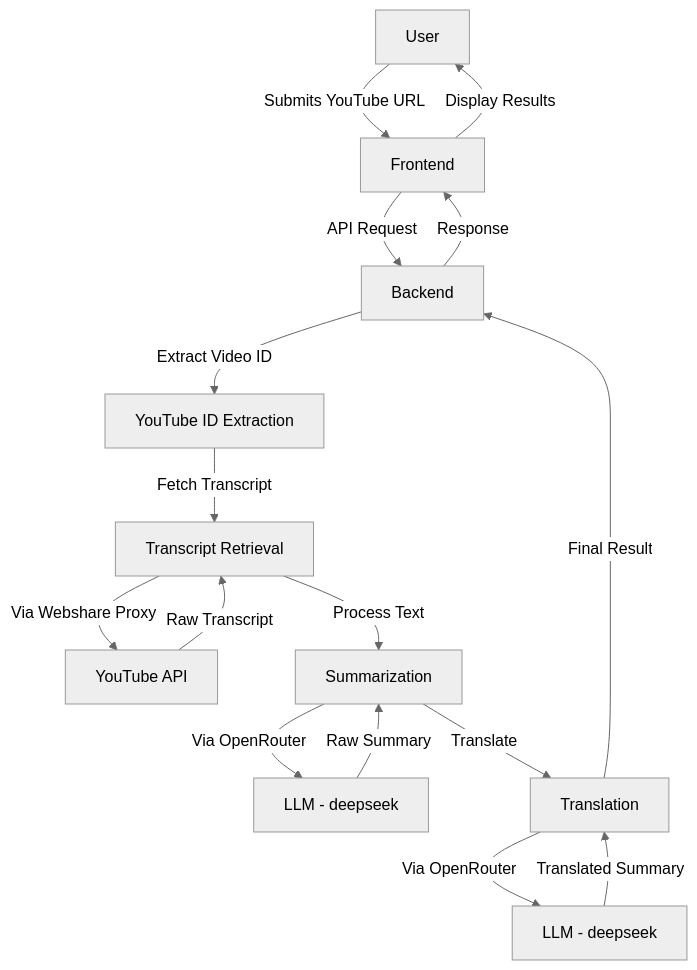
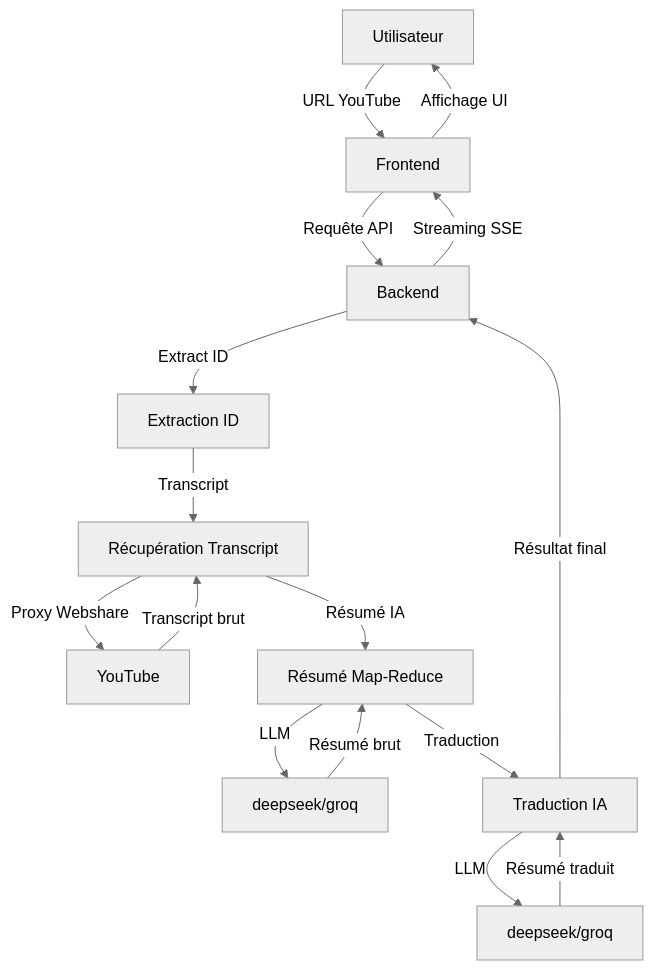
Before and after one commit to matt-GTN/zenyth: the diagram in README.md, drawn with Mermaid (neutral theme). The commit also changed other lines of this file and 1 other file, not shown here.

````diff
--- a/README.md
+++ b/README.md
@@ -27,18 +22,18 @@
 ```mermaid
 graph TD
-    A[User] -->|Submits YouTube URL| B[Frontend]
-    B -->|API Request| C[Backend]
-    C -->|Extract Video ID| D[YouTube ID Extraction]
-    D -->|Fetch Transcript| E[Transcript Retrieval]
-    E -->|Via Webshare Proxy| F[YouTube API]
-    F -->|Raw Transcript| E
-    E -->|Process Text| G[Summarization]
-    G -->|Via OpenRouter| H[LLM - deepseek]
-    H -->|Raw Summary| G
-    G -->|Translate| I[Translation]
-    I -->|Via OpenRouter| J[LLM - deepseek]
-    J -->|Translated Summary| I
-    I -->|Final Result| C
-    C -->|Response| B
-    B -->|Display Results| A
+    A[Utilisateur] -->|URL YouTube| B[Frontend]
+    B -->|Requête API| C[Backend]
+    C -->|Extract ID| D[Extraction ID]
+    D -->|Transcript| E[Récupération Transcript]
+    E -->|Proxy Webshare| F[YouTube]
+    F -->|Transcript brut| E
+    E -->|Résumé IA| G[Résumé Map-Reduce]
+    G -->|LLM| H[deepseek/groq]
+    H -->|Résumé brut| G
+    G -->|Traduction| I[Traduction IA]
+    I -->|LLM| J[deepseek/groq]
+    J -->|Résumé traduit| I
+    I -->|Résultat final| C
+    C -->|Streaming SSE| B
+    B -->|Affichage UI| A
 ```
````
